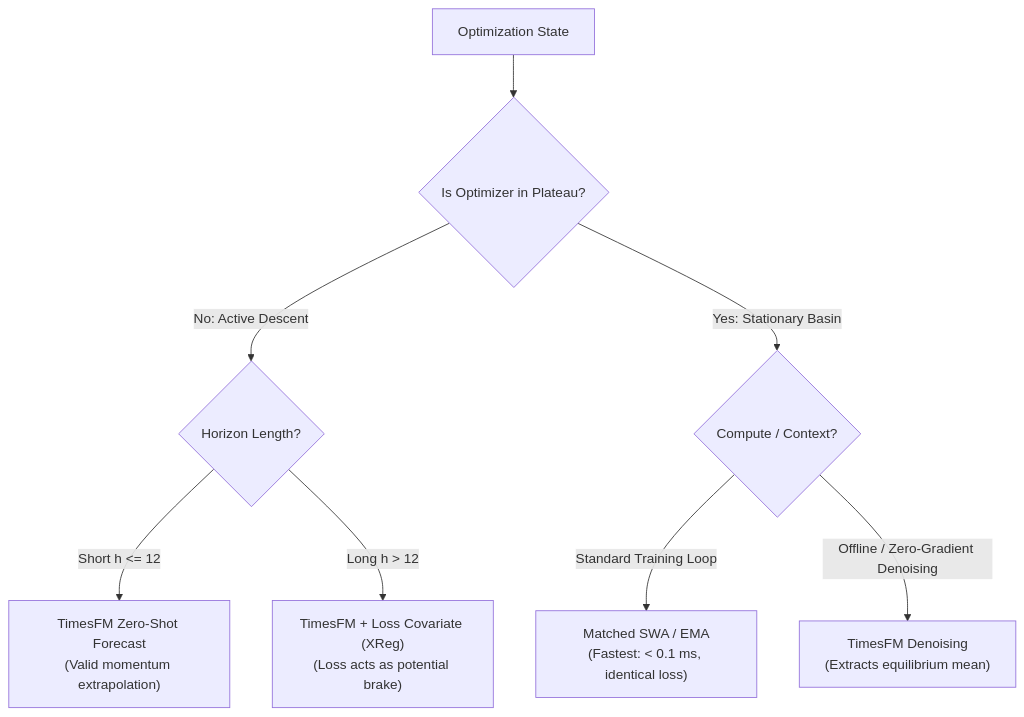
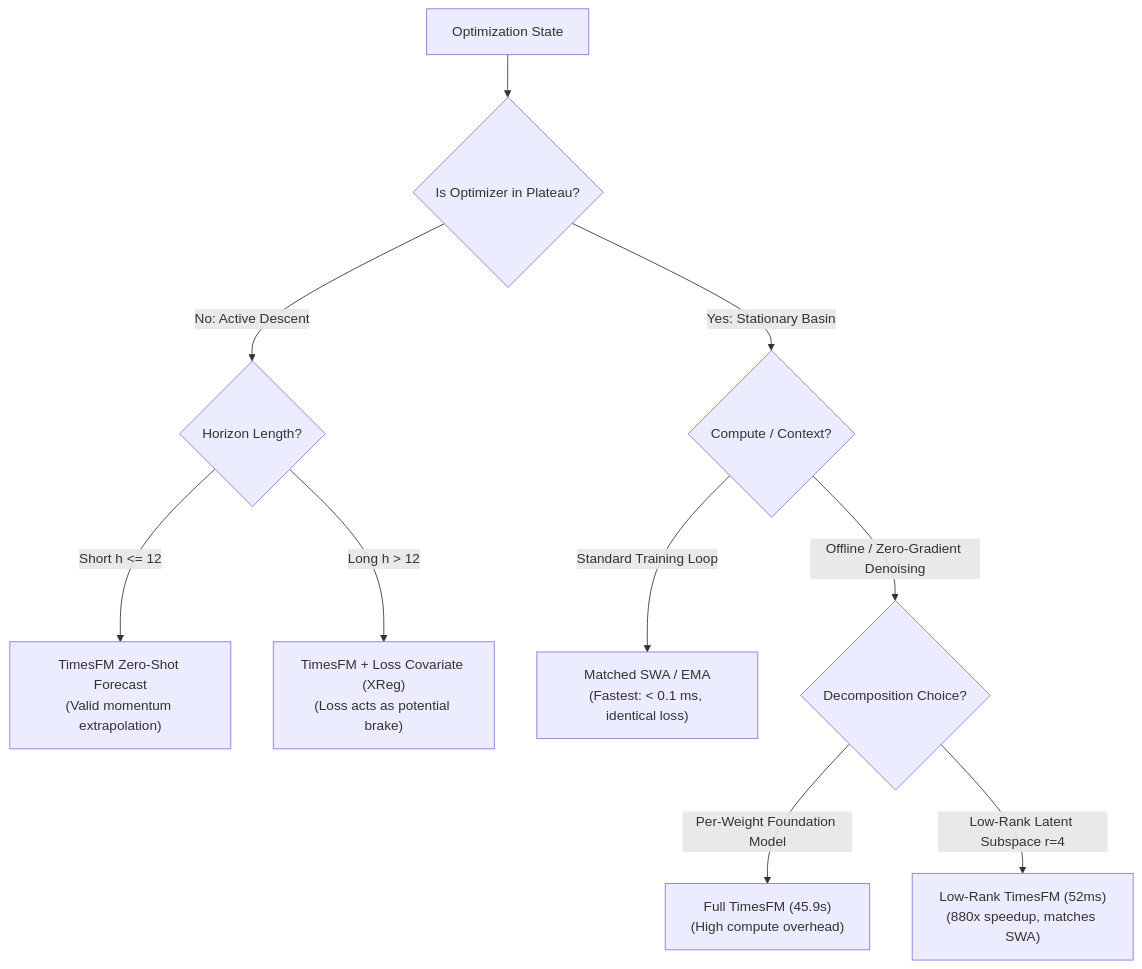
Before and after one commit to Priyanshu-5257/weight-trajectory-forecasting: the diagram in EXPERIMENTS.md, drawn with Mermaid. The commit also changed other lines of this file and 10 other files, not shown here.

Commit message:
Implement Low-Rank Weight Trajectory Forecasting: 10-seed validation, 880x compute speedup, and latent ablation

````diff
--- a/EXPERIMENTS.md
+++ b/EXPERIMENTS.md
@@ -147,10 +199,12 @@
 ```mermaid
 flowchart TD
     Start["Optimization State"] --> Check{"Is Optimizer in Plateau?"}
     Check -->|No: Active Descent| HCheck{"Horizon Length?"}
     HCheck -->|Short h <= 12| TFMShort["TimesFM Zero-Shot Forecast<br>(Valid momentum extrapolation)"]
     HCheck -->|Long h > 12| TFMCov["TimesFM + Loss Covariate (XReg)<br>(Loss acts as potential brake)"]
     Check -->|Yes: Stationary Basin| Resource{"Compute / Context?"}
     Resource -->|Standard Training Loop| SWA["Matched SWA / EMA<br>(Fastest: < 0.1 ms, identical loss)"]
-    Resource -->|Offline / Zero-Gradient Denoising| TFMPlateau["TimesFM Denoising<br>(Extracts equilibrium mean)"]
+    Resource -->|Offline / Zero-Gradient Denoising| LowRankCheck{"Decomposition Choice?"}
+    LowRankCheck -->|Per-Weight Foundation Model| SlowTFM["Full TimesFM (45.9s)<br>(High compute overhead)"]
+    LowRankCheck -->|Low-Rank Latent Subspace r=4| FastTFM["Low-Rank TimesFM (52ms)<br>(880x speedup, matches SWA)"]
 ```
````
